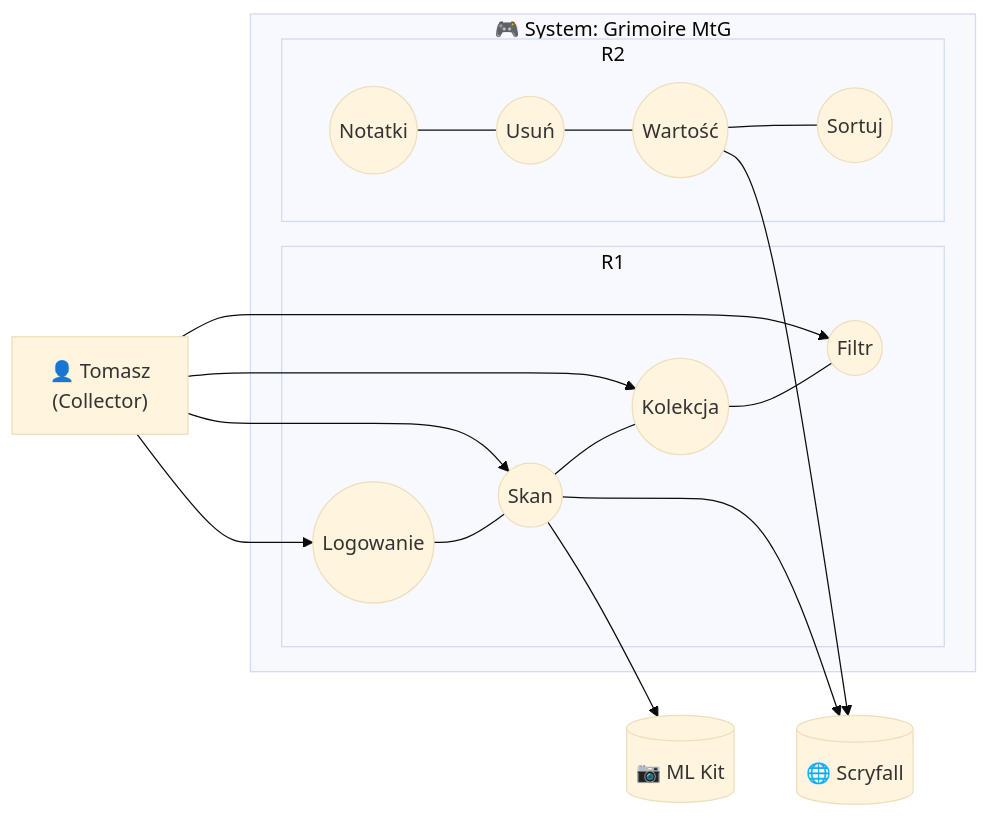
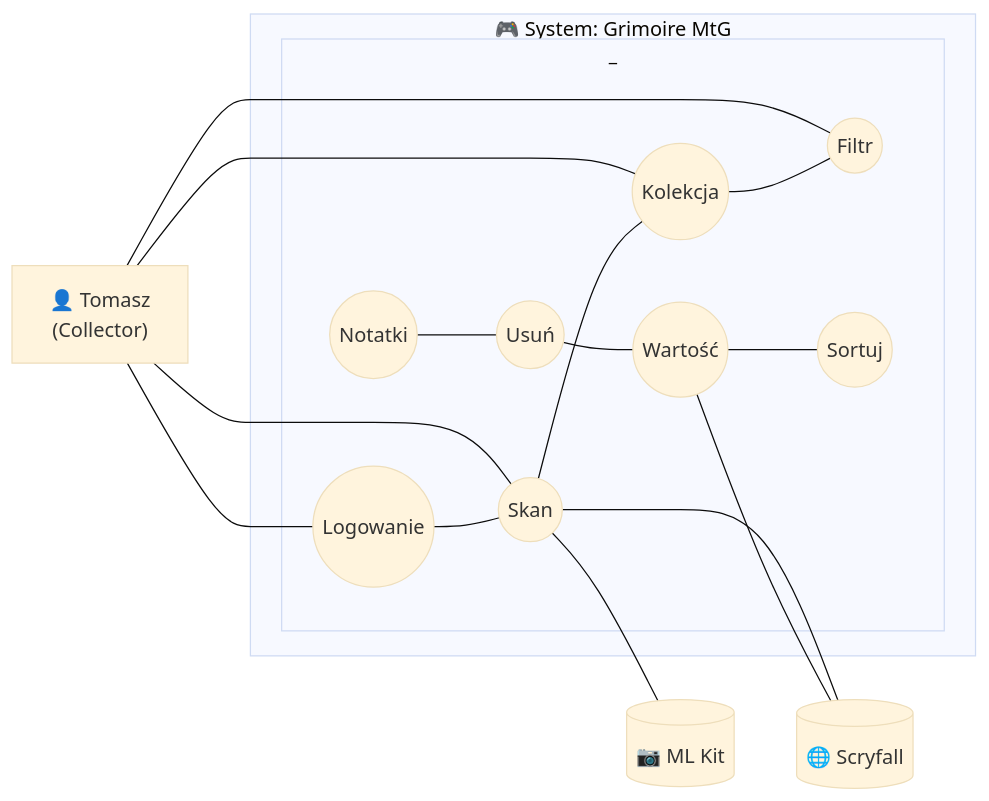
The second of 3 diagrams in docs/zadanie3/przypadki_uml.md (IO-2026-Pryncypalki/Grimoire_MTG), drawn with Mermaid (base theme) before and after one commit. The commit also changed other lines of this file, not shown here.

````diff
--- a/docs/zadanie3/przypadki_uml.md
+++ b/docs/zadanie3/przypadki_uml.md
@@ -61,37 +61,37 @@
 ```mermaid
 graph LR
     Tomasz["👤 Tomasz\n(Collector)"]
 
     subgraph Grimoire["🎮 System: Grimoire MtG"]
 
-        subgraph R1
+        subgraph _
             UC01(("Logowanie"))
             UC03(("Skan"))
             UC05(("Kolekcja"))
             UC08(("Filtr"))
         end
 
-        subgraph R2
+        subgraph _
             UC13(("Notatki"))
             UC14(("Usuń"))
             UC15(("Wartość"))
             UC16(("Sortuj"))
         end
     end
 
     Scryfall[("🌐 Scryfall")]
     MLKit[("📷 ML Kit")]
 
-    Tomasz --> UC01
-    Tomasz --> UC03
-    Tomasz --> UC05
-    Tomasz --> UC08
+    Tomasz --- UC01
+    Tomasz --- UC03
+    Tomasz --- UC05
+    Tomasz --- UC08
 
     %% poziomy układ
     UC01 --- UC03 --- UC05 --- UC08
     UC13 --- UC14 --- UC15 --- UC16
 
-    UC03 --> MLKit
-    UC03 --> Scryfall
-    UC15 --> Scryfall
+    UC03 --- MLKit
+    UC03 --- Scryfall
+    UC15 --- Scryfall
 ```
````
